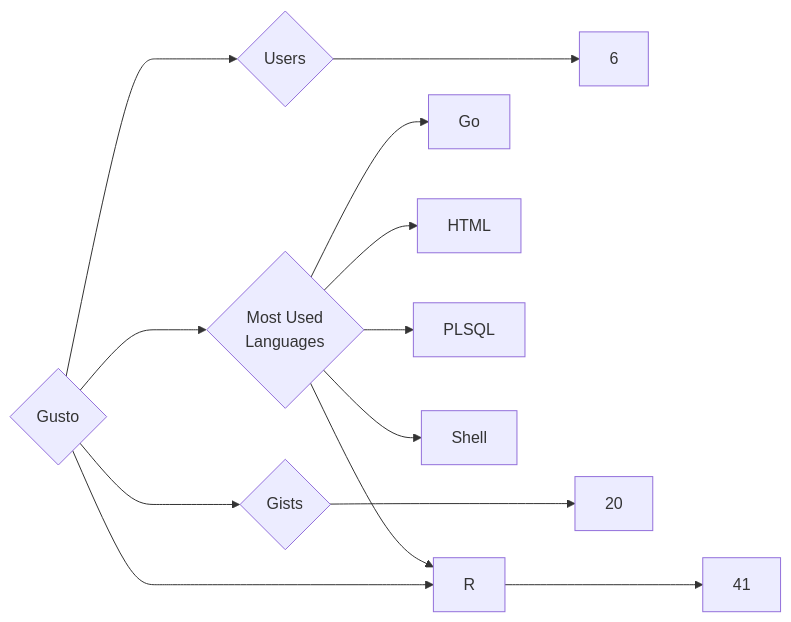
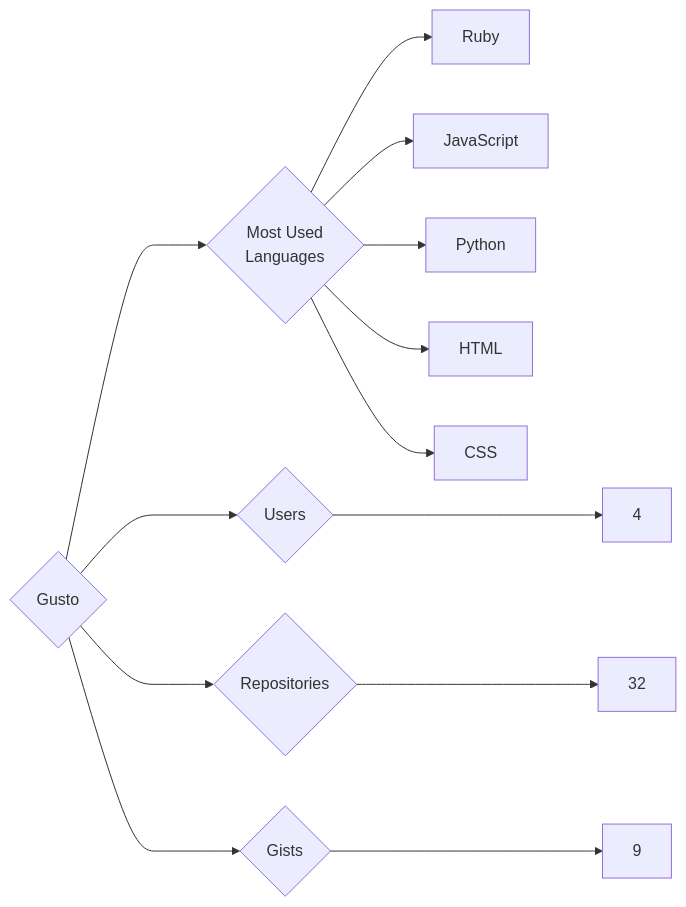
Before and after one commit to trickest/insiders: the diagram in targets/Gusto/README.md, drawn with Mermaid. The commit also changed 1123 other files, not shown here.

````diff
--- a/targets/Gusto/README.md
+++ b/targets/Gusto/README.md
@@ -3,13 +3,13 @@
 ```mermaid
 graph LR
 COMPANY_NAME{Gusto}
-COMPANY_NAME ---> U{Users} ---> UN[6]
-COMPANY_NAME ---> R{Repositories} ---> RN[41]
-COMPANY_NAME ---> G{Gists} ---> GN[20]
+COMPANY_NAME ---> U{Users} ---> UN[4]
+COMPANY_NAME ---> R{Repositories} ---> RN[32]
+COMPANY_NAME ---> G{Gists} ---> GN[9]
 COMPANY_NAME ---> ML{Most Used<br>Languages}
-ML --> Go[Go]
+ML --> Ruby[Ruby]
+ML --> JavaScript[JavaScript]
+ML --> Python[Python]
 ML --> HTML[HTML]
-ML --> PLSQL[PLSQL]
-ML --> Shell[Shell]
-ML --> R[R]
+ML --> CSS[CSS]
 ```
````
